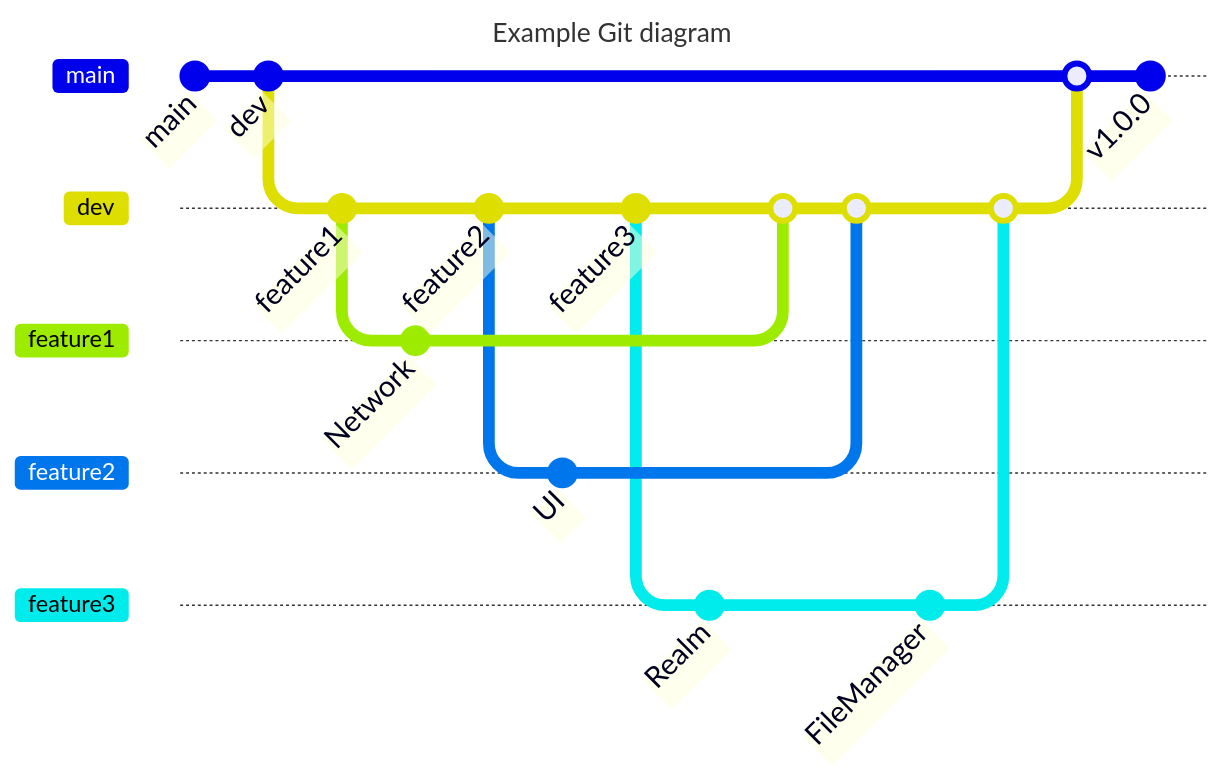
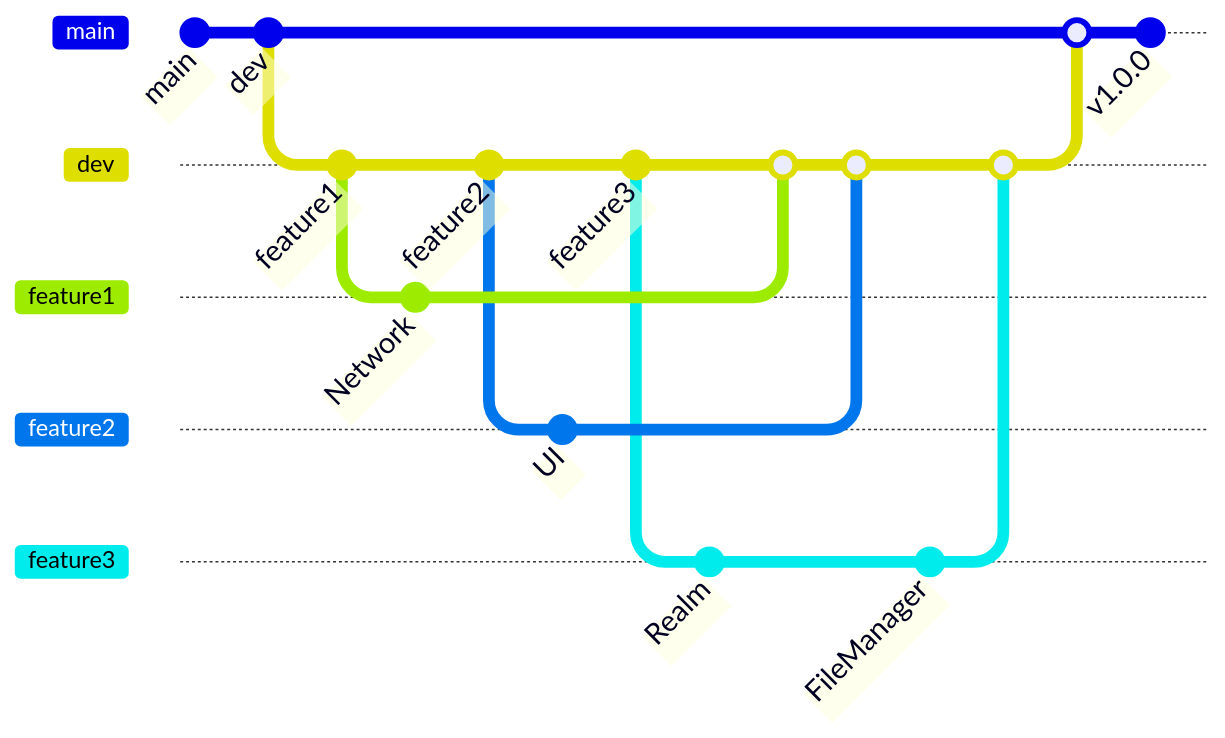
The diagram in README.md (skkim125/ScreenTime), drawn with Mermaid before and after one commit.

Commit message:
remove gitgraph title

````diff
--- a/README.md
+++ b/README.md
@@ -33,40 +33,37 @@
 ```mermaid
----
-title: Example Git diagram
----
 %%{init: { 'logLevel': 'debug', 'theme': 'default' , 'themeVariables': {
               'commitLabelFontSize': '20px'
        } } }%%
 gitGraph
    commit id: "main"
    commit id: "dev"
    branch dev
    checkout dev
    commit id: "feature1"
    branch feature1
    checkout feature1
    commit id: "Network"
    checkout dev
    commit id: "feature2"
    branch feature2
    checkout feature2
    commit id: "UI"
    checkout dev
    commit id: "feature3"
    branch feature3
    checkout feature3
    checkout feature2
    checkout feature1
    checkout feature3
    commit id: "Realm"
    checkout dev
    merge feature1
    merge feature2
    checkout feature3
    commit id: "FileManager"
    checkout dev
    merge feature3
    checkout main
    merge dev
    commit id: "v1.0.0"
 ```
````
